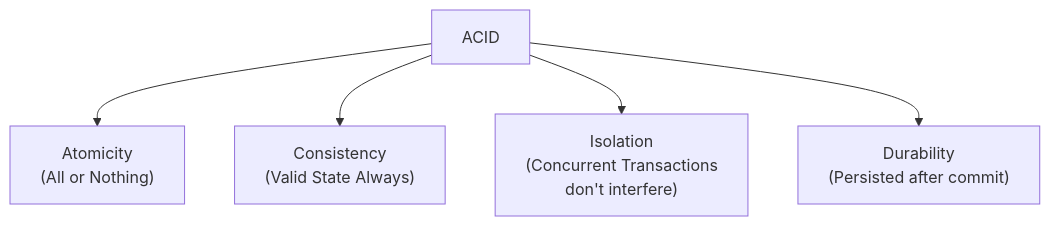
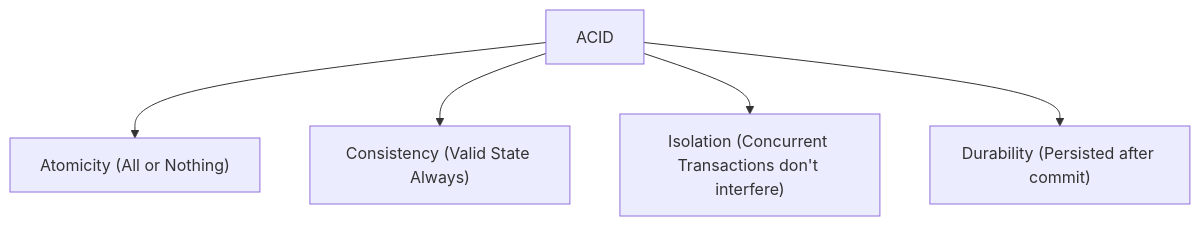
The fourth of 8 diagrams in MongoDB/sql-nosql-scaling-acid-cap.md (Wolfgang281/MongoDB), drawn with Mermaid before and after one commit. The commit also changed other lines of this file, not shown here.

````diff
--- a/MongoDB/sql-nosql-scaling-acid-cap.md
+++ b/MongoDB/sql-nosql-scaling-acid-cap.md
@@ -250,7 +250,7 @@
 ```mermaid
 graph TD
-    ACID --> A["Atomicity\n(All or Nothing)"]
-    ACID --> C["Consistency\n(Valid State Always)"]
-    ACID --> I["Isolation\n(Concurrent Transactions\ndon't interfere)"]
-    ACID --> D["Durability\n(Persisted after commit)"]
+    ACID --> A["Atomicity (All or Nothing)"]
+    ACID --> C["Consistency (Valid State Always)"]
+    ACID --> I["Isolation (Concurrent Transactions don't interfere)"]
+    ACID --> D["Durability (Persisted after commit)"]
 ```
````
